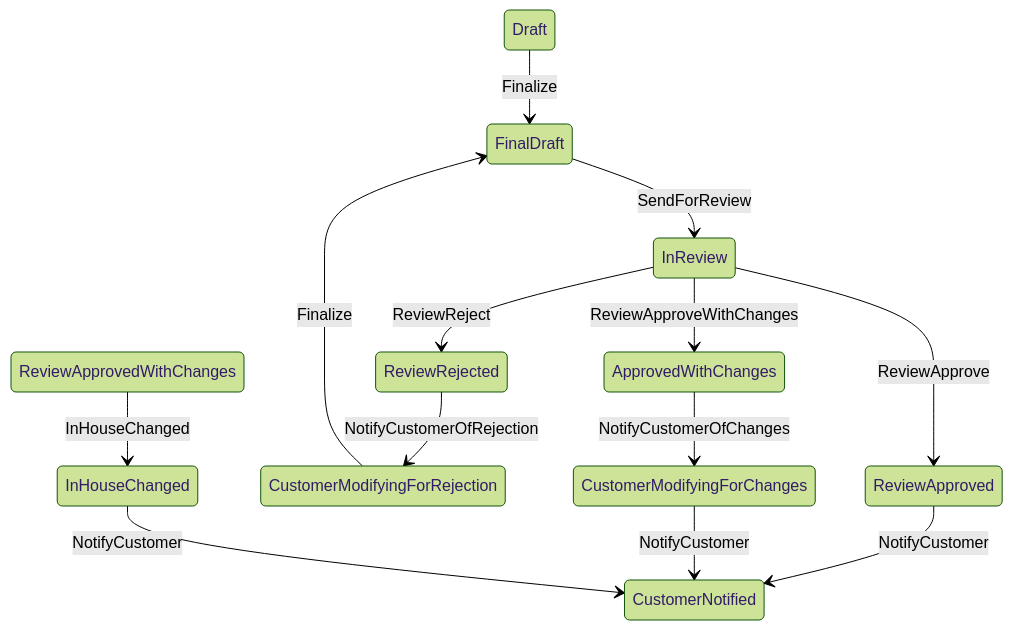
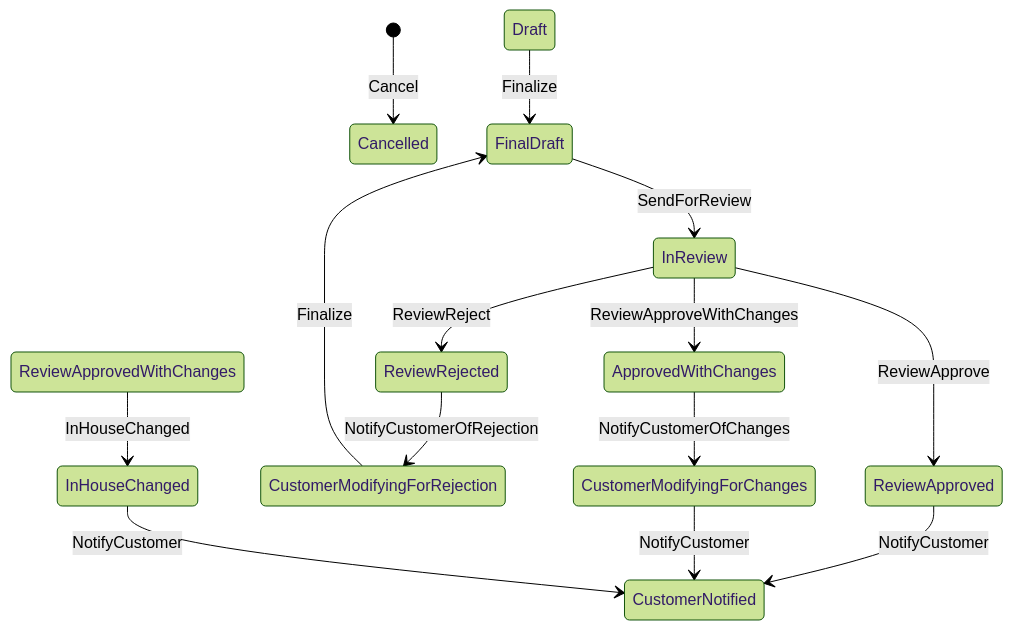
Before and after one commit to FIPOCHINA/fipo-fsm: the diagram in docs/DesignDoc.mermaid, drawn with Mermaid (forest theme). The commit also changed 23 other files, not shown here.

```diff
--- a/docs/DesignDoc.mermaid
+++ b/docs/DesignDoc.mermaid
@@ -1,13 +1,14 @@
 stateDiagram-v2
+[*] --> Cancelled : Cancel
 Draft --> FinalDraft : Finalize
 FinalDraft --> InReview : SendForReview
 InReview --> ReviewApproved : ReviewApprove
 InReview --> ReviewRejected : ReviewReject
 InReview --> ApprovedWithChanges : ReviewApproveWithChanges
 ReviewApproved --> CustomerNotified : NotifyCustomer
 ReviewRejected --> CustomerModifyingForRejection : NotifyCustomerOfRejection
 CustomerModifyingForRejection --> FinalDraft : Finalize
 ApprovedWithChanges --> CustomerModifyingForChanges : NotifyCustomerOfChanges
 CustomerModifyingForChanges --> CustomerNotified : NotifyCustomer
 ReviewApprovedWithChanges --> InHouseChanged : InHouseChanged
 InHouseChanged --> CustomerNotified : NotifyCustomer
```
